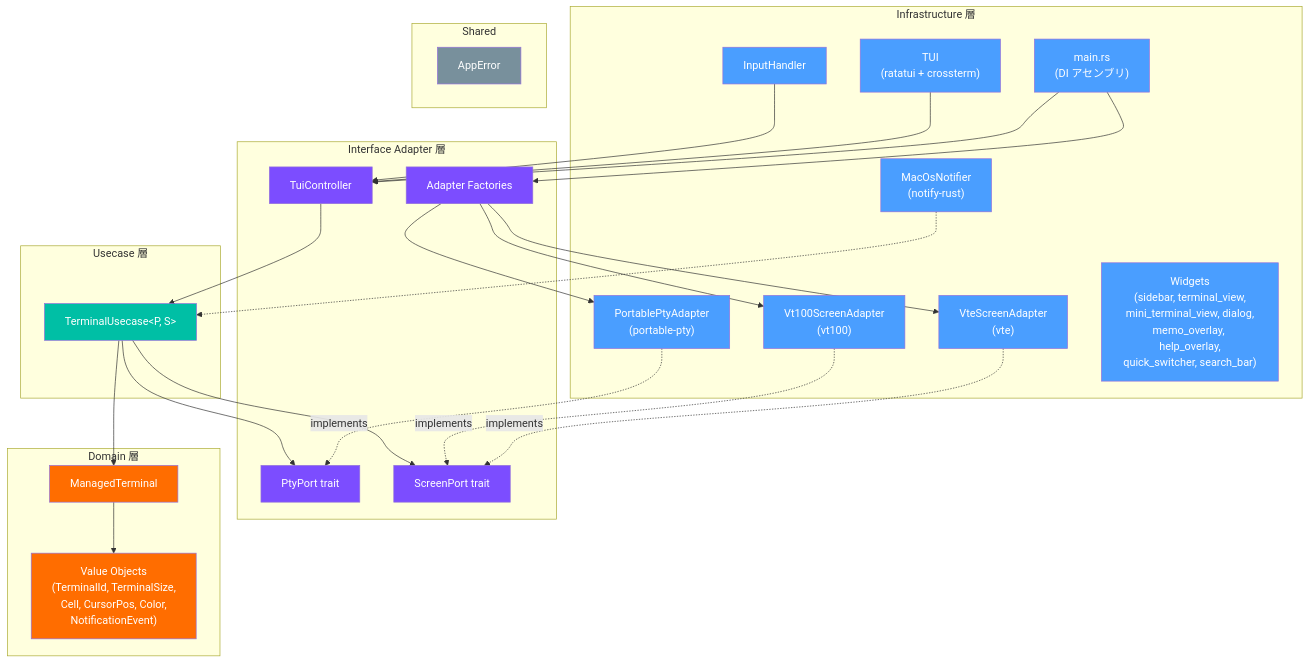
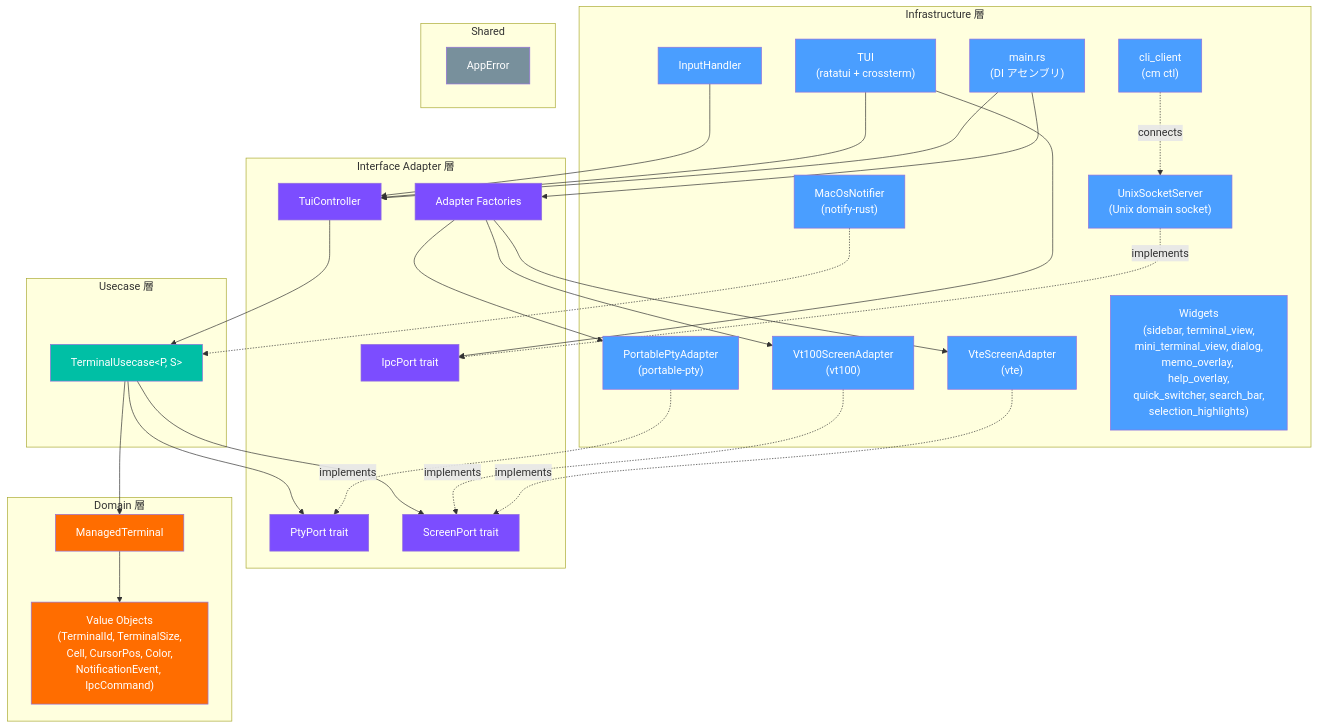
The fourth of 6 diagrams in README.md (Kobayashi-takumi/cli-manager), drawn with Mermaid before and after one commit. The commit also changed other lines of this file and 19 other files, not shown here.

First line of the commit message:
Add IPC window communication with Unix domain socket and CLI client (Phase 18)

````diff
--- a/README.md
+++ b/README.md
@@ -364,67 +370,76 @@
 ```mermaid
 graph TD
     subgraph "Infrastructure 層"
         MAIN["main.rs<br/>(DI アセンブリ)"]
         PTY["PortablePtyAdapter<br/>(portable-pty)"]
         VTE["VteScreenAdapter<br/>(vte)"]
         VT100["Vt100ScreenAdapter<br/>(vt100)"]
         TUI["TUI<br/>(ratatui + crossterm)"]
         INPUT["InputHandler"]
-        WIDGETS["Widgets<br/>(sidebar, terminal_view,<br/>mini_terminal_view, dialog,<br/>memo_overlay, help_overlay,<br/>quick_switcher, search_bar)"]
+        WIDGETS["Widgets<br/>(sidebar, terminal_view,<br/>mini_terminal_view, dialog,<br/>memo_overlay, help_overlay,<br/>quick_switcher, search_bar,<br/>selection_highlights)"]
         NOTIF["MacOsNotifier<br/>(notify-rust)"]
+        IPC["UnixSocketServer<br/>(Unix domain socket)"]
+        CLI["cli_client<br/>(cm ctl)"]
     end
 
     subgraph "Interface Adapter 層"
         CTRL["TuiController"]
         PTYPORT["PtyPort trait"]
         SCRPORT["ScreenPort trait"]
+        IPCPORT["IpcPort trait"]
         FACTORY["Adapter Factories"]
     end
 
     subgraph "Usecase 層"
         UC["TerminalUsecase&lt;P, S&gt;"]
     end
 
     subgraph "Domain 層"
         ENT["ManagedTerminal"]
-        VO["Value Objects<br/>(TerminalId, TerminalSize,<br/>Cell, CursorPos, Color,<br/>NotificationEvent)"]
+        VO["Value Objects<br/>(TerminalId, TerminalSize,<br/>Cell, CursorPos, Color,<br/>NotificationEvent, IpcCommand)"]
     end
 
     subgraph "Shared"
         ERR["AppError"]
     end
 
     MAIN --> CTRL
     MAIN --> FACTORY
     FACTORY --> PTY
     FACTORY --> VTE
     FACTORY --> VT100
     TUI --> CTRL
     INPUT --> CTRL
     CTRL --> UC
     PTY -.->|implements| PTYPORT
     VTE -.->|implements| SCRPORT
     VT100 -.->|implements| SCRPORT
     UC --> PTYPORT
     UC --> SCRPORT
     UC --> ENT
     ENT --> VO
+    IPC -.->|implements| IPCPORT
+    CLI -.->|connects| IPC
+    TUI --> IPCPORT
     NOTIF -.-> UC
 
     style MAIN fill:#4a9eff,color:#fff
     style PTY fill:#4a9eff,color:#fff
     style VTE fill:#4a9eff,color:#fff
     style VT100 fill:#4a9eff,color:#fff
     style TUI fill:#4a9eff,color:#fff
     style INPUT fill:#4a9eff,color:#fff
     style WIDGETS fill:#4a9eff,color:#fff
     style NOTIF fill:#4a9eff,color:#fff
+    style IPC fill:#4a9eff,color:#fff
+    style CLI fill:#4a9eff,color:#fff
     style CTRL fill:#7c4dff,color:#fff
     style PTYPORT fill:#7c4dff,color:#fff
     style SCRPORT fill:#7c4dff,color:#fff
+    style IPCPORT fill:#7c4dff,color:#fff
     style FACTORY fill:#7c4dff,color:#fff
     style UC fill:#00bfa5,color:#fff
     style ENT fill:#ff6d00,color:#fff
     style VO fill:#ff6d00,color:#fff
     style ERR fill:#78909c,color:#fff
 ```
````
